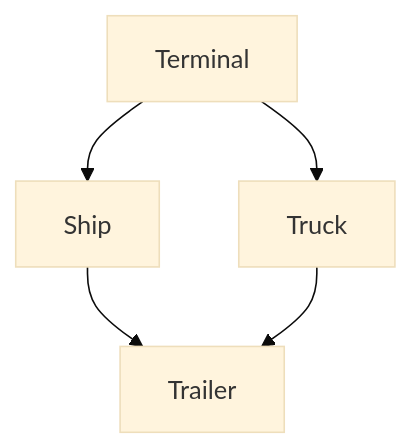
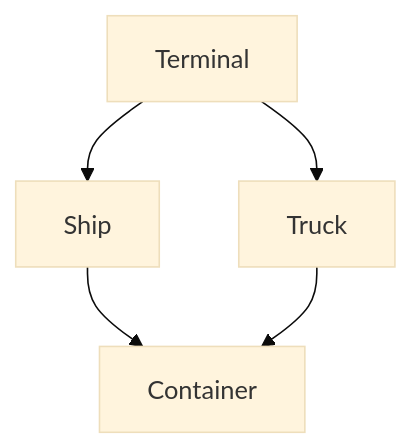
Before and after one commit to luebken/platform-example-logistics: the first of 2 diagrams in demo.md, drawn with Mermaid (base theme). The commit also changed other lines of this file and 3 other files, not shown here.

````diff
--- a/demo.md
+++ b/demo.md
@@ -23,7 +23,7 @@
 ```mermaid
   graph TD;
       Terminal-->Ship
       Terminal-->Truck
-      Ship-->Trailer;
-      Truck-->Trailer;
+      Ship-->Container;
+      Truck-->Container;
 ```
````
